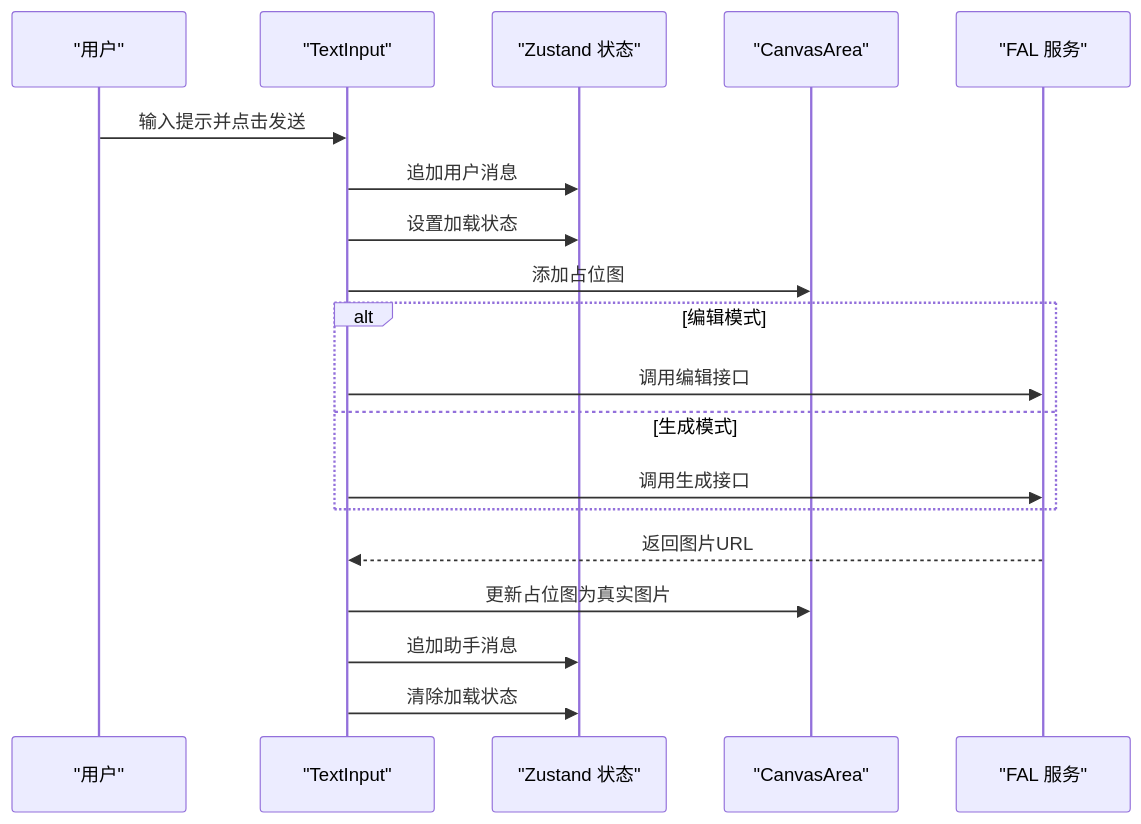
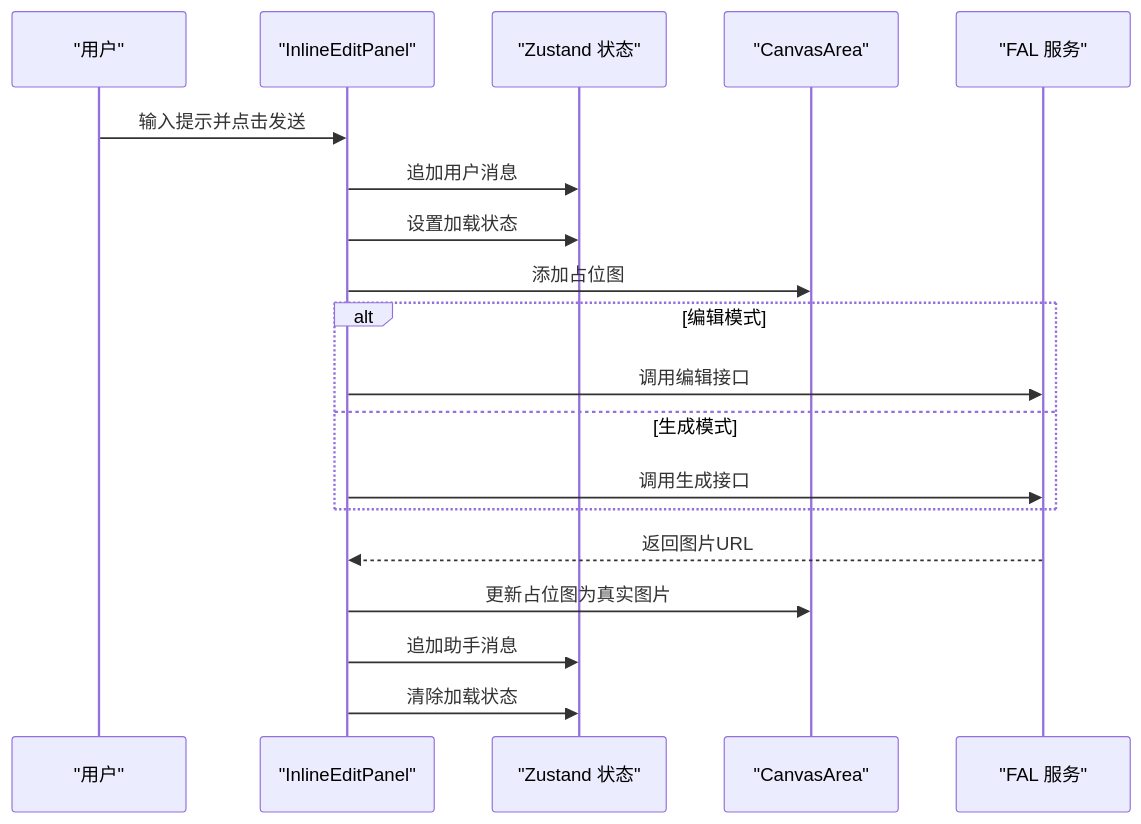
The third of 5 diagrams in .qoder/repowiki/zh/content/核心功能模块/聊天界面系统.md (billye220670/BananaFlow2), drawn with Mermaid before and after one commit. The commit also changed other lines of this file and 29 other files, not shown here.

````diff
--- a/.qoder/repowiki/zh/content/核心功能模块/聊天界面系统.md
+++ b/.qoder/repowiki/zh/content/核心功能模块/聊天界面系统.md
@@ -224,21 +159,21 @@
 ```mermaid
 sequenceDiagram
 participant User as "用户"
-participant Input as "TextInput"
+participant Panel as "InlineEditPanel"
 participant Store as "Zustand 状态"
 participant Canvas as "CanvasArea"
 participant Fal as "FAL 服务"
-User->>Input : 输入提示并点击发送
-Input->>Store : 追加用户消息
-Input->>Store : 设置加载状态
-Input->>Canvas : 添加占位图
+User->>Panel : 输入提示并点击发送
+Panel->>Store : 追加用户消息
+Panel->>Store : 设置加载状态
+Panel->>Canvas : 添加占位图
 alt 编辑模式
-Input->>Fal : 调用编辑接口
+Panel->>Fal : 调用编辑接口
 else 生成模式
-Input->>Fal : 调用生成接口
+Panel->>Fal : 调用生成接口
 end
-Fal-->>Input : 返回图片URL
-Input->>Canvas : 更新占位图为真实图片
-Input->>Store : 追加助手消息
-Input->>Store : 清除加载状态
+Fal-->>Panel : 返回图片URL
+Panel->>Canvas : 更新占位图为真实图片
+Panel->>Store : 追加助手消息
+Panel->>Store : 清除加载状态
 ```
````
